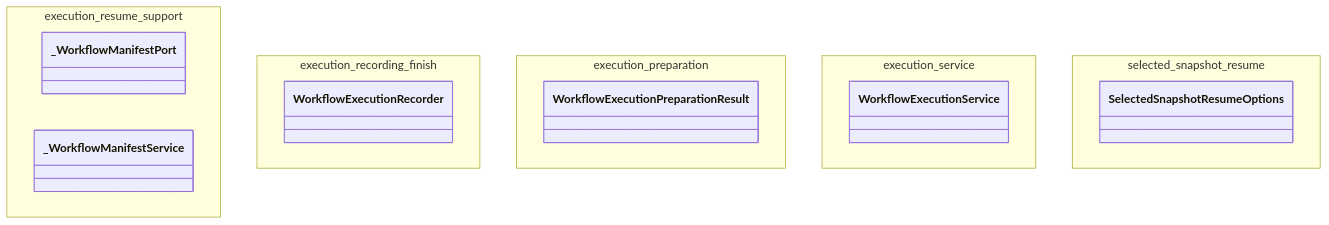
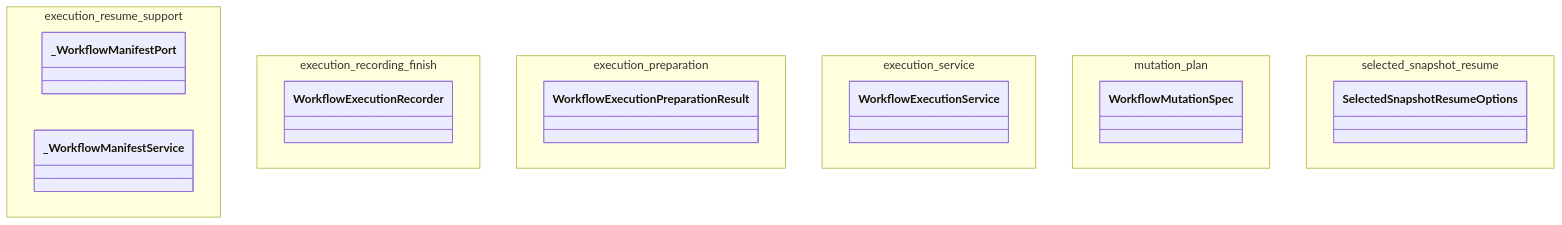
The diagram in docs/02-architecture/diagrams/class-diagrams/90-pkg-application-services-workflow-control-plane.mmd (SatoryKono/BioactivityDataAcquisition), drawn with Mermaid before and after one commit. The commit also changed 35 other files, not shown here.

First line of the commit message:
fix(ci): synchronize IUPHAR diagram inventory and review routing guards

```diff
--- a/docs/02-architecture/diagrams/class-diagrams/90-pkg-application-services-workflow-control-plane.mmd
+++ b/docs/02-architecture/diagrams/class-diagrams/90-pkg-application-services-workflow-control-plane.mmd
@@ -1,31 +1,35 @@
 %% Title: Package Family: application/services/workflow/control_plane
-%% Covers: AST-derived supplemental package-family inventory for src/bioetl/application/services/workflow/control_plane; modules: _execution_resume_support, _execution_recording_finish, execution_preparation, execution_service, selected_snapshot_resume.
+%% Covers: AST-derived supplemental package-family inventory for src/bioetl/application/services/workflow/control_plane; modules: _execution_resume_support, _execution_recording_finish, execution_preparation, execution_service, mutation_plan, selected_snapshot_resume.
 %% Components: top-level classes grouped by source module.
 %% @version 1.0.0
 %% @type    classDiagram
-%% @date    2026-10-04
+%% @date    2026-11-18
 %% @level   Package Family / Inventory Slice
-%% @nodes   6
+%% @nodes   7
 %% @reference Generated supplemental package-family diagram. Curated class-summary remains narrative-only.
 classDiagram
 
     namespace execution_resume_support {
         class _WorkflowManifestPort
         class _WorkflowManifestService
     }
 
     namespace execution_recording_finish {
         class WorkflowExecutionRecorder
     }
 
     namespace execution_preparation {
         class WorkflowExecutionPreparationResult
     }
 
     namespace execution_service {
         class WorkflowExecutionService
     }
 
+    namespace mutation_plan {
+        class WorkflowMutationSpec
+    }
+
     namespace selected_snapshot_resume {
         class SelectedSnapshotResumeOptions
     }
```
